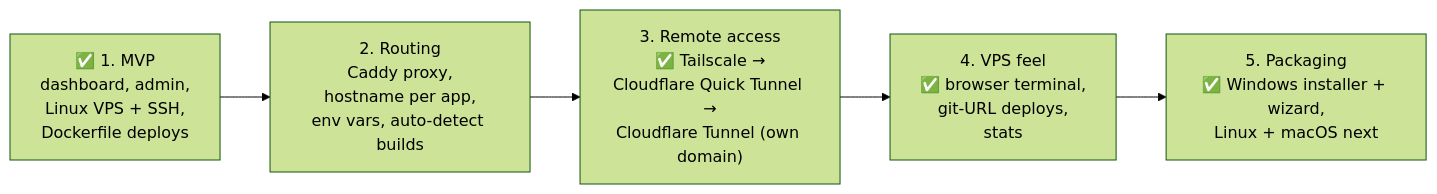
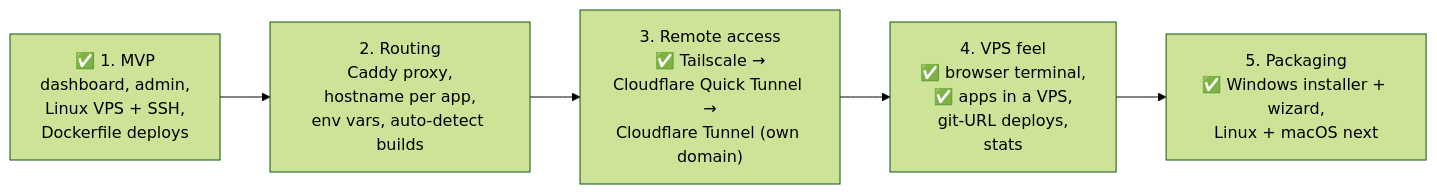
Diagram 11 of 11 in README.md (AbrarDW/lps), drawn with Mermaid (forest theme) before and after one commit. The commit also changed other lines of this file and 3 other files, not shown here.

First line of the commit message:
Reject clashing ports in a VPS; document VPS apps

````diff
--- a/README.md
+++ b/README.md
@@ -364,9 +382,9 @@
 ```mermaid
 flowchart LR
     m1["✅ 1. MVP<br/>dashboard, admin,<br/>Linux VPS + SSH,<br/>Dockerfile deploys"]
     m2["2. Routing<br/>Caddy proxy,<br/>hostname per app,<br/>env vars, auto-detect builds"]
     m3["3. Remote access<br/>✅ Tailscale →<br/>Cloudflare Quick Tunnel →<br/>Cloudflare Tunnel (own domain)"]
-    m4["4. VPS feel<br/>✅ browser terminal,<br/>git-URL deploys,<br/>stats"]
+    m4["4. VPS feel<br/>✅ browser terminal,<br/>✅ apps in a VPS,<br/>git-URL deploys,<br/>stats"]
     m5["5. Packaging<br/>✅ Windows installer + wizard,<br/>Linux + macOS next"]
     m1 --> m2 --> m3 --> m4 --> m5
 ```
````
